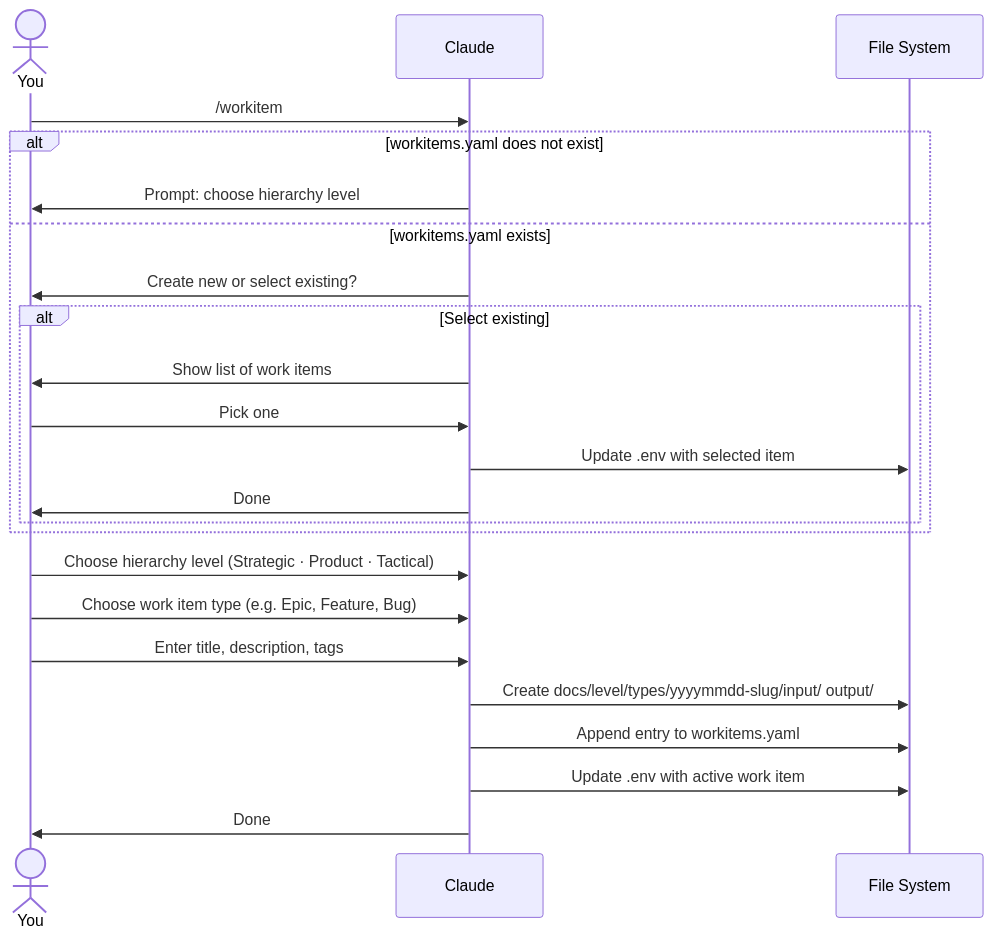
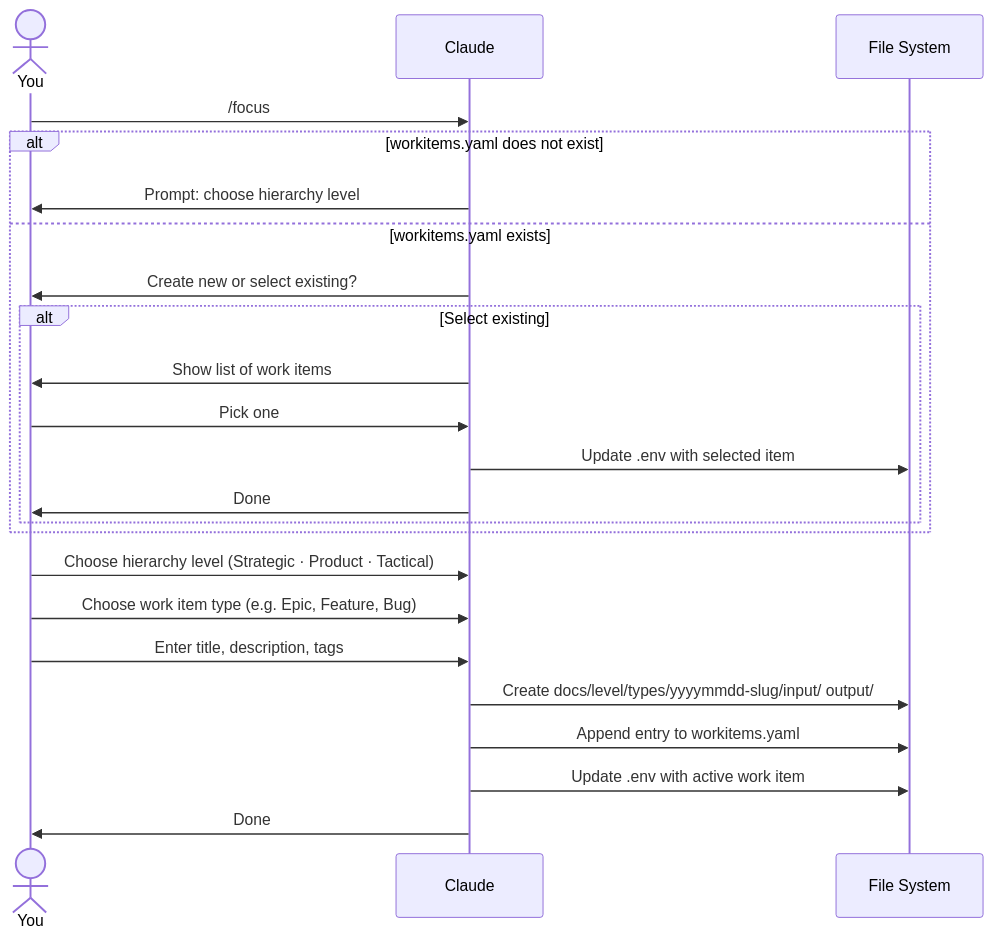
One commit to cooperacode/forge changed the fourth of 9 diagrams in RESEARCH.md. Above: the diagram before and after it, drawn with Mermaid. The commit also changed other lines of this file and 9 other files, not shown here.

````diff
--- a/RESEARCH.md
+++ b/RESEARCH.md
@@ -248,30 +248,30 @@
 ```mermaid
 
 sequenceDiagram
     actor U as You
     participant C as Claude
     participant FS as File System
 
-    U->>C: /workitem
+    U->>C: /focus
 
     alt workitems.yaml does not exist
         C->>U: Prompt: choose hierarchy level
     else workitems.yaml exists
         C->>U: Create new or select existing?
 
         alt Select existing
             C->>U: Show list of work items
             U->>C: Pick one
             C->>FS: Update .env with selected item
             C->>U: Done
         end
     end
 
     U->>C: Choose hierarchy level (Strategic · Product · Tactical)
     U->>C: Choose work item type (e.g. Epic, Feature, Bug)
     U->>C: Enter title, description, tags
     C->>FS: Create docs/level/types/yyyymmdd-slug/input/ output/
     C->>FS: Append entry to workitems.yaml
     C->>FS: Update .env with active work item
     C->>U: Done
 ```
````
